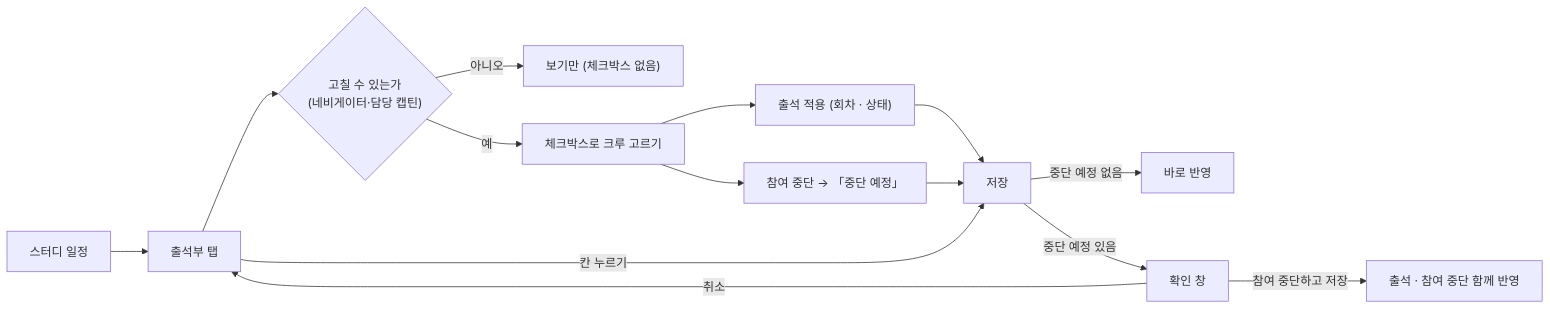
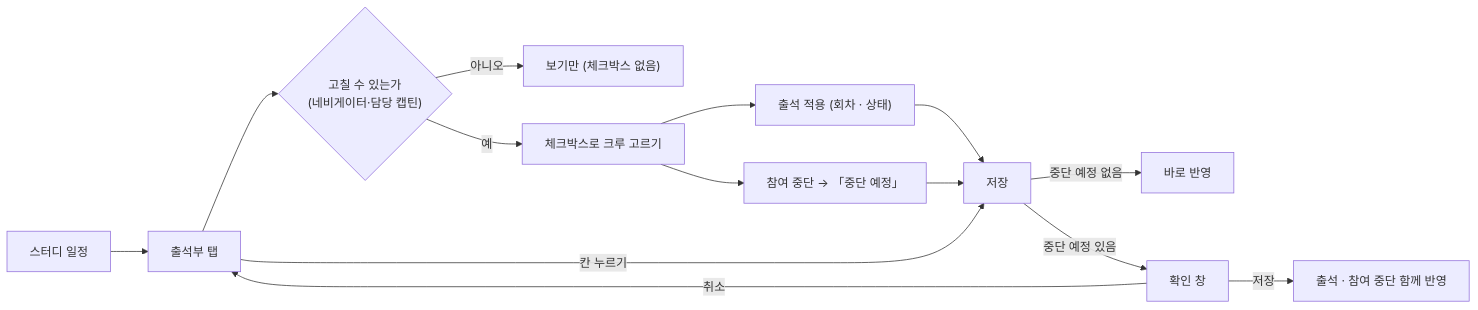
Before and after one commit to StudyClub-PlusPlus/studyclub-engineering: the first of 2 diagrams in 01-planning/stories/navigator-withdraw-participant/PRD.md, drawn with Mermaid. The commit also changed other lines of this file and 2 other files, not shown here.

Commit message:
fix(playground): 참여 중단 확인 창 버튼 문구를 「저장」으로 바꾼다

````diff
--- a/01-planning/stories/navigator-withdraw-participant/PRD.md
+++ b/01-planning/stories/navigator-withdraw-participant/PRD.md
@@ -11,16 +11,16 @@
 ```mermaid
 flowchart LR
   A["스터디 일정"] --> B["출석부 탭"]
   B --> C{"고칠 수 있는가<br>(네비게이터·담당 캡틴)"}
   C -->|아니오| D["보기만 (체크박스 없음)"]
   C -->|예| E["체크박스로 크루 고르기"]
   E --> F["출석 적용 (회차 · 상태)"]
   E --> G["참여 중단 → 「중단 예정」"]
   F --> H["저장"]
   G --> H
   B -->|칸 누르기| H
   H -->|중단 예정 없음| I["바로 반영"]
   H -->|중단 예정 있음| J["확인 창"]
-  J -->|참여 중단하고 저장| K["출석 · 참여 중단 함께 반영"]
+  J -->|저장| K["출석 · 참여 중단 함께 반영"]
   J -->|취소| B
 ```
````
